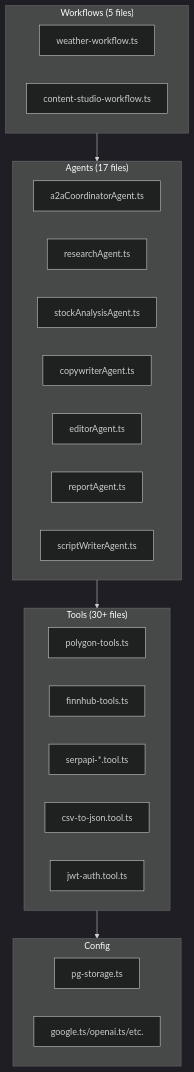
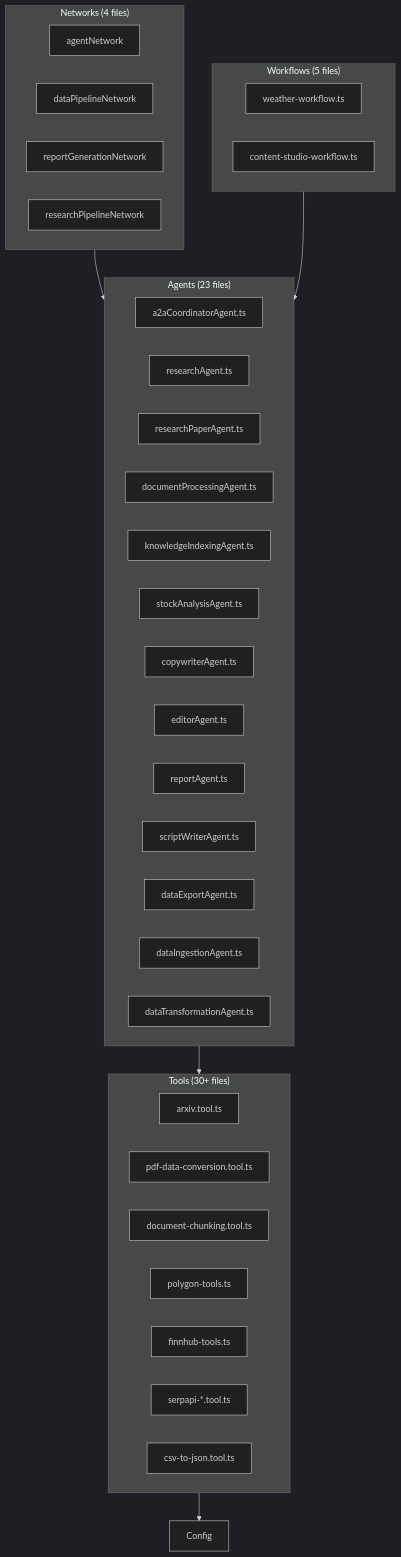
The diagram in memory-bank/activeContext.md (ssdeanx/AgentStack), drawn with Mermaid (dark theme) before and after one commit. The commit also changed other lines of this file and 21 other files, not shown here.

````diff
--- a/memory-bank/activeContext.md
+++ b/memory-bank/activeContext.md
@@ -9,30 +9,41 @@
 ```mermaid
 graph TB
-    subgraph Agents["Agents (17 files)"]
+    subgraph Agents["Agents (23 files)"]
         A2A[a2aCoordinatorAgent.ts]
         Research[researchAgent.ts]
+        ResearchPaper[researchPaperAgent.ts]
+        DocProc[documentProcessingAgent.ts]
+        KnowIdx[knowledgeIndexingAgent.ts]
         Stock[stockAnalysisAgent.ts]
         Copy[copywriterAgent.ts]
         Edit[editorAgent.ts]
         Report[reportAgent.ts]
         Script[scriptWriterAgent.ts]
+        DataExp[dataExportAgent.ts]
+        DataIng[dataIngestionAgent.ts]
+        DataTrans[dataTransformationAgent.ts]
     end
     subgraph Tools["Tools (30+ files)"]
+        ArXiv[arxiv.tool.ts]
+        PDF[pdf-data-conversion.tool.ts]
+        Chunk[document-chunking.tool.ts]
         Poly[polygon-tools.ts]
         Fin[finnhub-tools.ts]
         Serp[serpapi-*.tool.ts]
         CSV[csv-to-json.tool.ts]
-        JWT[jwt-auth.tool.ts]
+    end
+    subgraph Networks["Networks (4 files)"]
+        AgentNet[agentNetwork]
+        DataPipe[dataPipelineNetwork]
+        ReportGen[reportGenerationNetwork]
+        ResearchPipe[researchPipelineNetwork]
     end
     subgraph Workflows["Workflows (5 files)"]
         Weather[weather-workflow.ts]
         Content[content-studio-workflow.ts]
     end
-    subgraph Config["Config"]
-        PG[pg-storage.ts]
-        Models[google.ts/openai.ts/etc.]
-    end
     Agents --> Tools
+    Networks --> Agents
     Tools --> Config
     Workflows --> Agents
 ```
````
